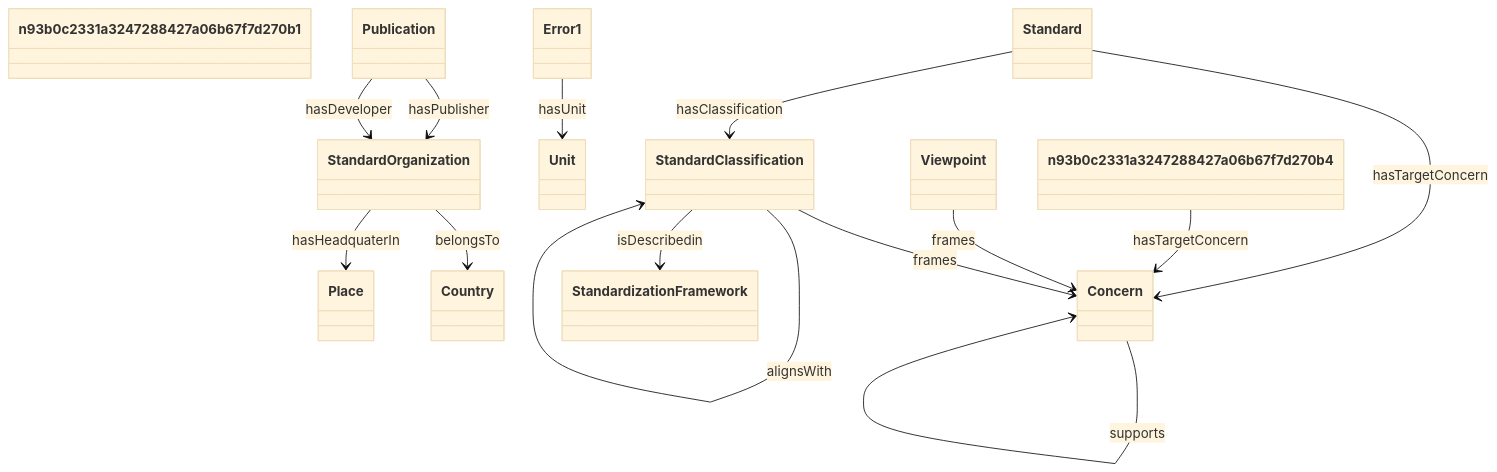
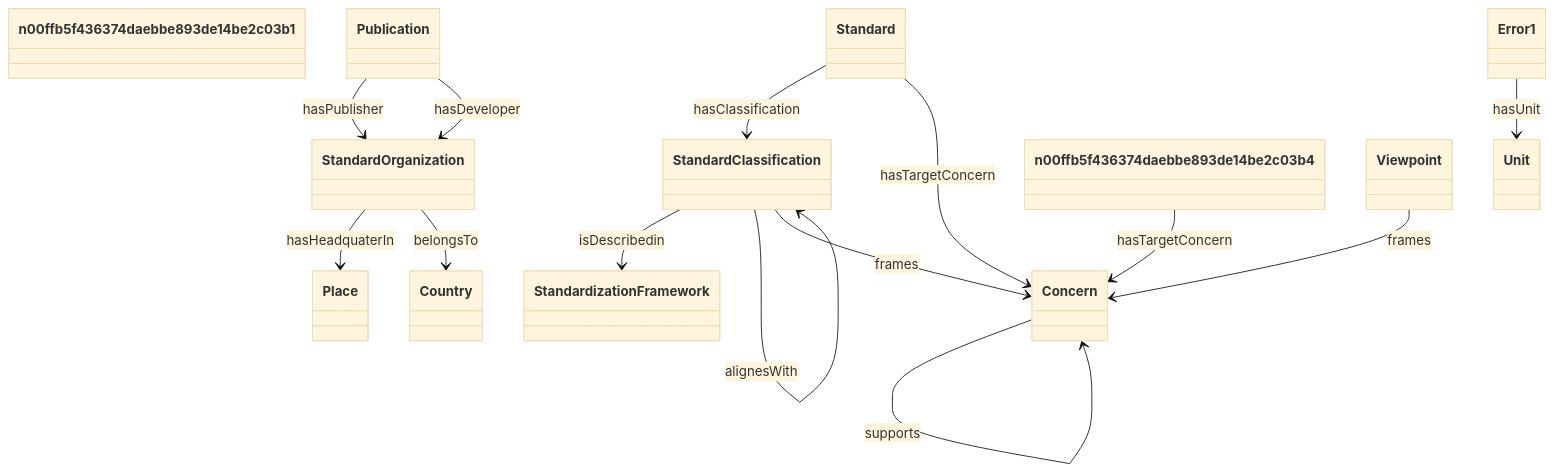
One commit to oeg-upm/Devos changed the diagram in output/ieswc_freq/i40.ttl-freq-5.md. Above: the diagram before and after it, drawn with Mermaid (base theme). The commit also changed 34 other files, not shown here.

````diff
--- a/output/ieswc_freq/i40.ttl-freq-5.md
+++ b/output/ieswc_freq/i40.ttl-freq-5.md
@@ -1,55 +1,55 @@
 ```mermaid
 	classDiagram
 
     
     class Concern {
     
     }
 
     class StandardClassification {
     
     }
 
     class StandardOrganization {
     
     }
 
     class Unit {
     
     }
 
-    class n93b0c2331a3247288427a06b67f7d270b1 {
+    class n00ffb5f436374daebbe893de14be2c03b1 {
     
     }
 
 
 
-StandardClassification  --> Concern   :frames  
+n00ffb5f436374daebbe893de14be2c03b4  --> Concern   :hasTargetConcern  
 
-Concern  --> Concern   :supports  
+StandardClassification  --> StandardizationFramework   :isDescribedin  
 
-Standard  --> Concern   :hasTargetConcern  
+Viewpoint  --> Concern   :frames  
 
-StandardClassification  --> StandardClassification   :alignesWith  
-
-StandardOrganization  --> Country   :belongsTo  
+StandardClassification  --> StandardClassification   :alignsWith  
 
 StandardOrganization  --> Place   :hasHeadquaterIn  
-
-Error1  --> Unit   :hasUnit  
-
-StandardClassification  --> StandardClassification   :alignsWith  
 
 Standard  --> StandardClassification   :hasClassification  
 
 Publication  --> StandardOrganization   :hasPublisher  
 
-Viewpoint  --> Concern   :frames  
+Error1  --> Unit   :hasUnit  
 
-StandardClassification  --> StandardizationFramework   :isDescribedin  
+Standard  --> Concern   :hasTargetConcern  
 
-n93b0c2331a3247288427a06b67f7d270b4  --> Concern   :hasTargetConcern  
+StandardClassification  --> Concern   :frames  
 
 Publication  --> StandardOrganization   :hasDeveloper  
 
+StandardOrganization  --> Country   :belongsTo  
+
+StandardClassification  --> StandardClassification   :alignesWith  
+
+Concern  --> Concern   :supports  
+
 ```
````
